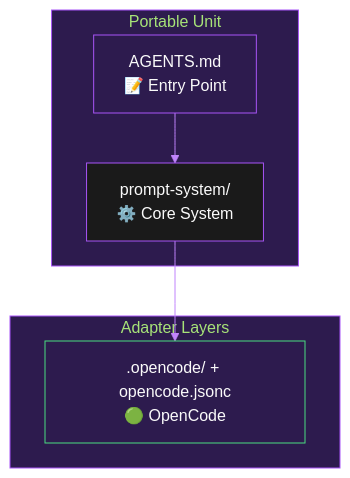
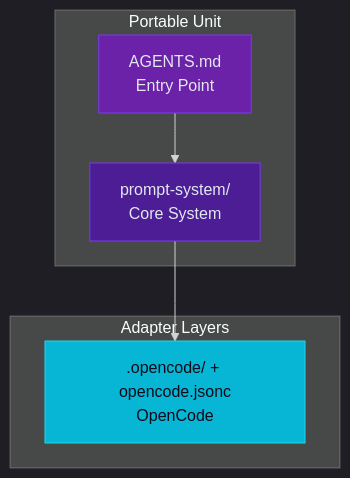
Before and after one commit to simwai/perplexity-prompts: the diagram in SYSTEM_OVERVIEW.md, drawn with Mermaid. The commit also changed other lines of this file and 12 other files, not shown here.

First line of the commit message:
docs: fix mermaid rendering and strip decorative emoji

````diff
--- a/SYSTEM_OVERVIEW.md
+++ b/SYSTEM_OVERVIEW.md
@@ -9,27 +9,23 @@
 ```mermaid
-%%{init: {'theme': 'base', 'themeVariables': {
-  'primaryColor': '#a855f7', 'primaryTextColor': '#fafafa',
-  'primaryBorderColor': '#c084fc', 'lineColor': '#c084fc',
-  'secondaryColor': '#7e22ce', 'tertiaryColor': '#581c87',
-  'background': '#0f0f0f', 'mainBkg': '#1a1a1a',
-  'secondBkg': '#262626', 'tertiaryBkg': '#3d3d3d',
-  'textColor': '#fafafa', 'nodeBorder': '#a855f7',
-  'clusterBkg': '#2d1b4e', 'clusterBorder': '#a855f7'
-  }}}%%
-  flowchart TD
-      subgraph PORTABLE["Portable Unit"]
-          AGENTS["AGENTS.md\n📝 Entry Point"]
-          PS["prompt-system/\n⚙️ Core System"]
-      end
-      
-      subgraph ADAPTERS["Adapter Layers"]
-          OPENCODE[".opencode/ + opencode.jsonc\n🟢 OpenCode"]
-      end
-      
-      AGENTS --> PS
-      PS --> OPENCODE
-      
-      style AGENTS fill:#2d1b4e,stroke:#a855f7
-      style PS fill:#1a1a1a,stroke:#a855f7
-      style OPENCODE fill:#2d1b4e,stroke:#4ade80
-  ```
+%%{init: {'theme': 'dark'}}%%
+flowchart TD
+    subgraph PORTABLE["Portable Unit"]
+        AGENTS["AGENTS.md<br/>Entry Point"]
+        PS["prompt-system/<br/>Core System"]
+    end
+
+    subgraph ADAPTERS["Adapter Layers"]
+        OPENCODE[".opencode/ + opencode.jsonc<br/>OpenCode"]
+    end
+
+    AGENTS --> PS
+    PS --> OPENCODE
+
+    classDef entry fill:#6B21A8,stroke:#7C3AED,color:#E2E8F0;
+    classDef core fill:#4C1D95,stroke:#7C3AED,color:#E2E8F0;
+    classDef adapter fill:#06B6D4,stroke:#22D3EE,color:#0F0A1A;
+
+    class AGENTS entry
+    class PS core
+    class OPENCODE adapter
+```
````
